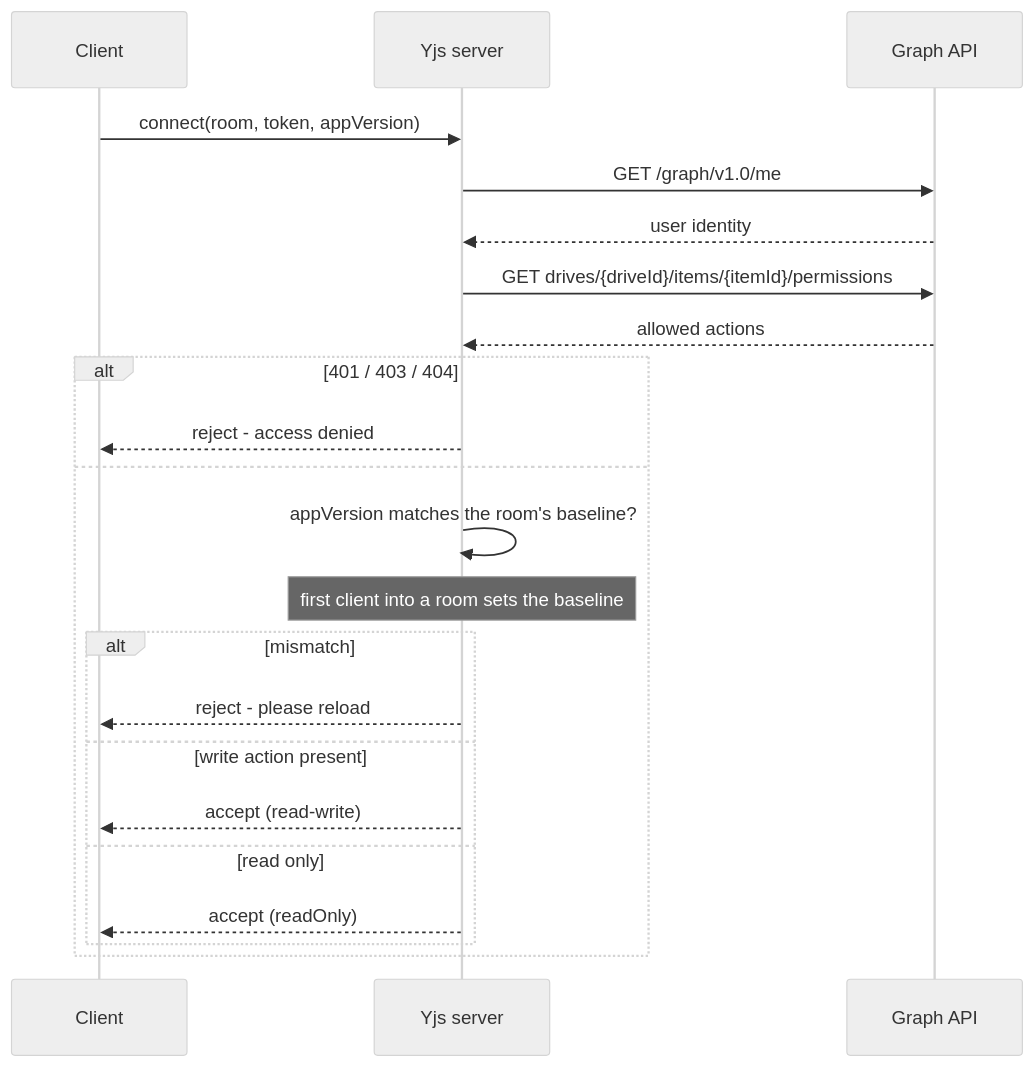
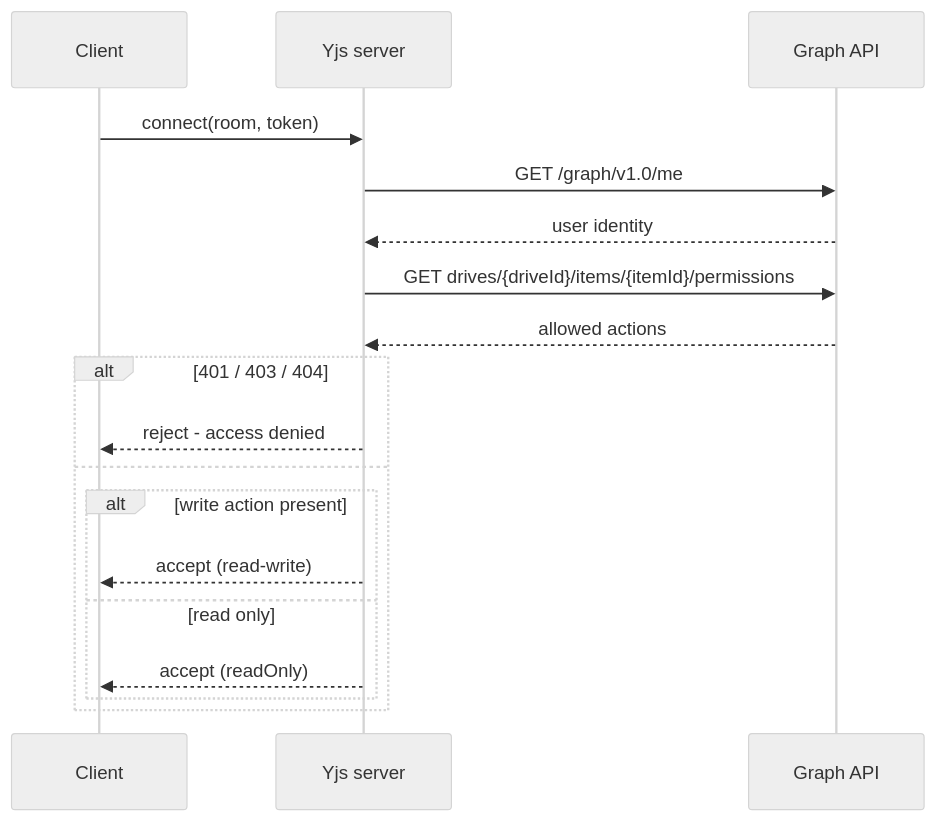
Before and after one commit to opencloud-eu/web: the second of 6 diagrams in dev/docs/yjs.md, drawn with Mermaid (neutral theme). The commit also changed other lines of this file and 10 other files, not shown here.

````diff
--- a/dev/docs/yjs.md
+++ b/dev/docs/yjs.md
@@ -60,25 +69,21 @@
 ```mermaid
 sequenceDiagram
     participant C as Client
     participant HP as Yjs server
     participant G as Graph API
 
-    C->>HP: connect(room, token, appVersion)
+    C->>HP: connect(room, token)
     HP->>G: GET /graph/v1.0/me
     G-->>HP: user identity
     HP->>G: GET drives/{driveId}/items/{itemId}/permissions
     G-->>HP: allowed actions
     alt 401 / 403 / 404
         HP-->>C: reject - access denied
     else
-        HP->>HP: appVersion matches the room's baseline?
-        Note over HP: first client into a room sets the baseline
-        alt mismatch
-            HP-->>C: reject - please reload
-        else write action present
+        alt write action present
             HP-->>C: accept (read-write)
         else read only
             HP-->>C: accept (readOnly)
         end
     end
 ```
````
